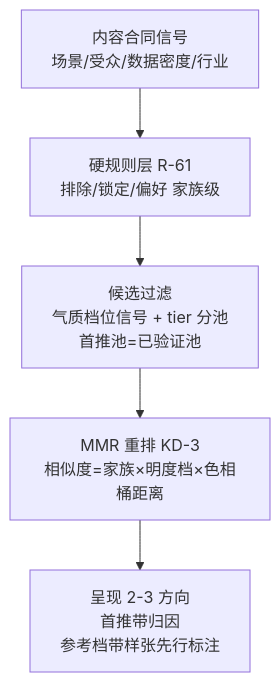
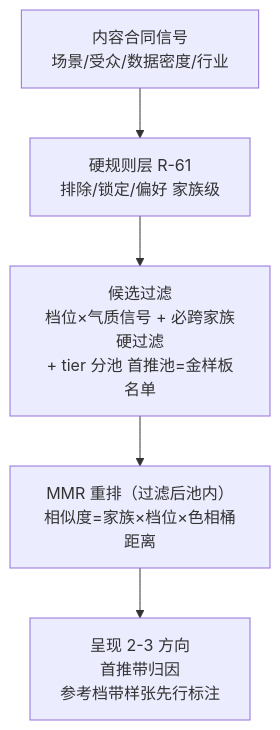
Before and after one commit to leo-kuang-ai/leo-skills: the diagram in docs/plans/2026-09-01-001-feat-leo-ppt-style-recommendation-coordinate-plan.md, drawn with Mermaid. The commit also changed other lines of this file and 33 other files, not shown here.

````diff
--- a/docs/plans/2026-09-01-001-feat-leo-ppt-style-recommendation-coordinate-plan.md
+++ b/docs/plans/2026-09-01-001-feat-leo-ppt-style-recommendation-coordinate-plan.md
@@ -53,7 +86,7 @@
 ```mermaid
 flowchart TB
   A[内容合同信号<br/>场景/受众/数据密度/行业] --> B[硬规则层 R-61<br/>排除/锁定/偏好 家族级]
-  B --> C[候选过滤<br/>气质档位信号 + tier 分池<br/>首推池=已验证池]
-  C --> D[MMR 重排 KD-3<br/>相似度=家族×明度档×色相桶距离]
+  B --> C[候选过滤<br/>档位×气质信号 + 必跨家族硬过滤<br/>+ tier 分池 首推池=金样板名单]
+  C --> D[MMR 重排（过滤后池内）<br/>相似度=家族×档位×色相桶距离]
   D --> E[呈现 2-3 方向<br/>首推带归因<br/>参考档带样张先行标注]
 ```
````
